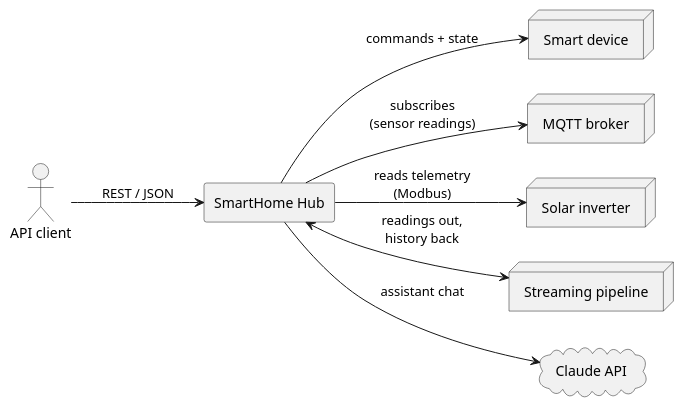
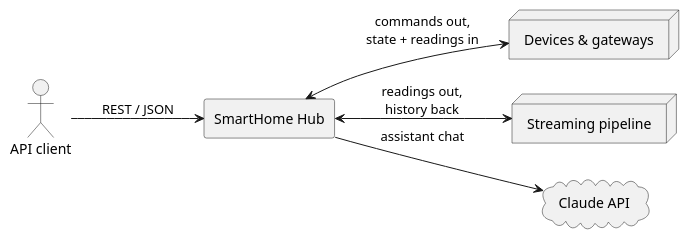
The diagram in docs/modules/ROOT/pages/03-context-and-scope.adoc (FelixGeisler/SmartHome), drawn with PlantUML before and after one commit. The commit also changed other lines of this file and 2 other files, not shown here.

```diff
--- a/docs/modules/ROOT/pages/03-context-and-scope.adoc
+++ b/docs/modules/ROOT/pages/03-context-and-scope.adoc
@@ -5,19 +5,15 @@
 [plantuml,context-diagram,svg]
 ----
 @startuml
 left to right direction
 actor "API client" as client
 rectangle "SmartHome Hub" as hub
-node "Smart device" as device
-node "MQTT broker" as broker
-node "Solar inverter" as inverter
+node "Devices & gateways" as devices
 node "Streaming pipeline" as pipeline
 cloud "Claude API" as claude
 client --> hub : REST / JSON
-hub --> device : commands + state
-hub --> broker : subscribes\n(sensor readings)
-hub --> inverter : reads telemetry\n(Modbus)
+hub <--> devices : commands out,\nstate + readings in
 hub <--> pipeline : readings out,\nhistory back
 hub --> claude : assistant chat
 @enduml
 ----
```
